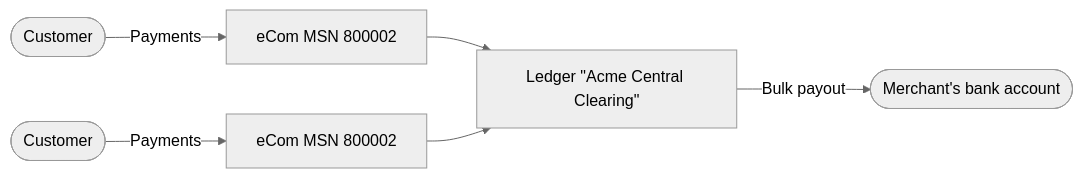
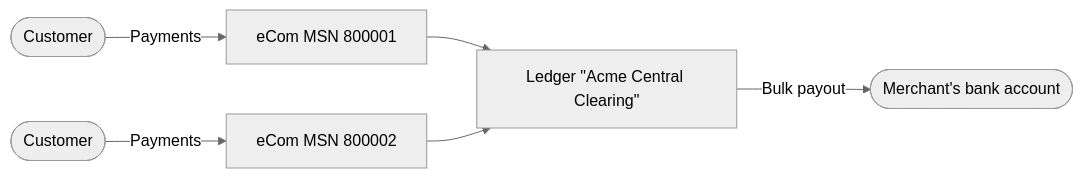
One commit to vippsas/vipps-report-api changed the second of 2 diagrams in api-guide/settlement.md. Above: the diagram before and after it, drawn with Mermaid (neutral theme).

Commit message:
The MSNs in the flowchart are identical, which defeats the purpose of the example. Was different in pre-mermaid chart.

````diff
--- a/api-guide/settlement.md
+++ b/api-guide/settlement.md
@@ -95,10 +95,10 @@
 ``` mermaid
 flowchart LR
     Customer1([Customer])
     Customer2([Customer])
-    Customer1-- Payments -->ecomMSN1[eCom MSN 800002]
+    Customer1-- Payments -->ecomMSN1[eCom MSN 800001]
     Customer2-- Payments -->ecomMSN2[eCom MSN 800002]
     ecomMSN1 --> Ledger["Ledger #quot;Acme Central Clearing#quot;"]
     ecomMSN2 --> Ledger
     Ledger-- Bulk payout -->Bank([Merchant's bank account])
 ```
````
